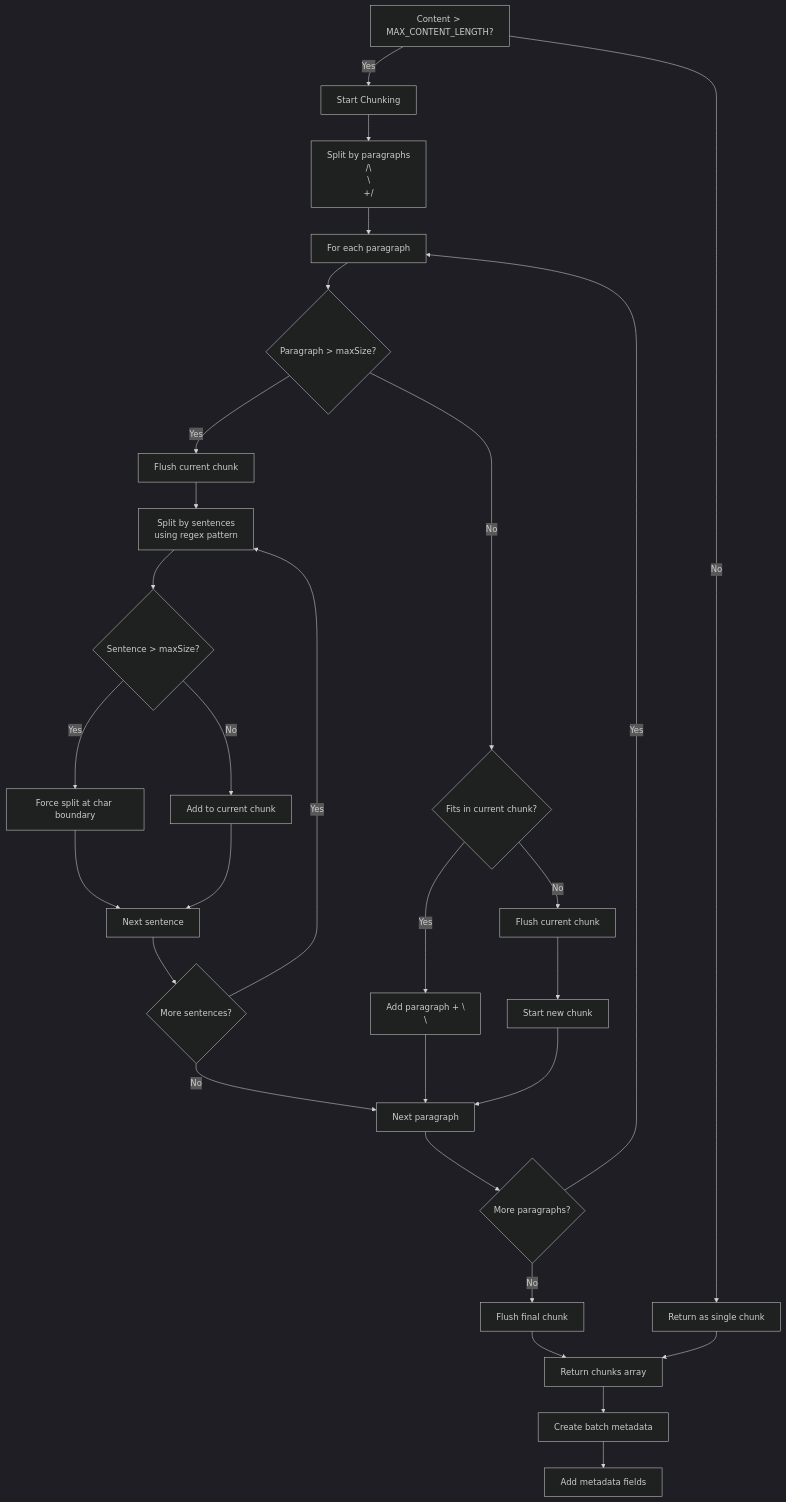
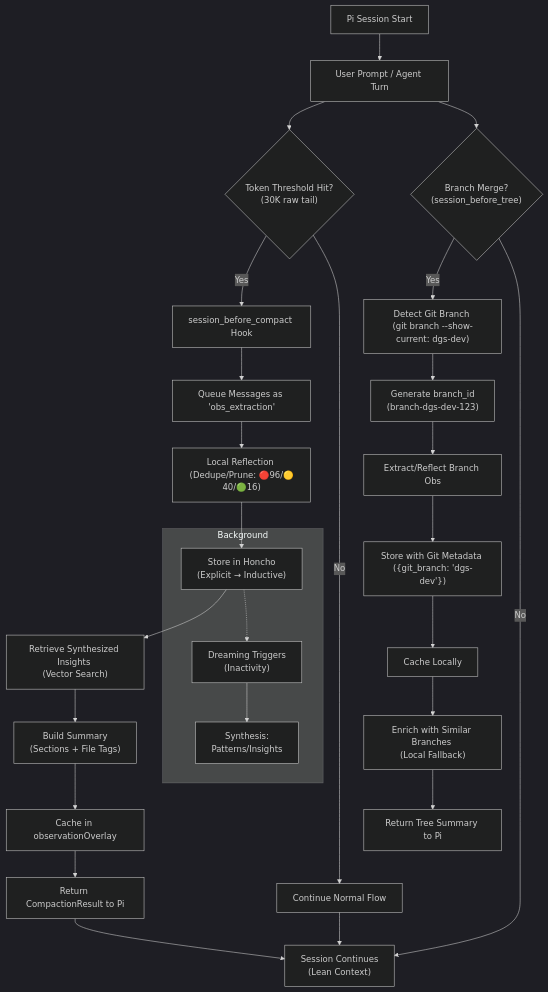
The third of 3 diagrams in docs/v3/guides/community/dgs-integrations/pi-mono/agents/extensions/README-honcho.md (dsidlo/local-honcho), drawn with Mermaid (dark theme) before and after one commit. The commit also changed other lines of this file and 3 other files, not shown here.

````diff
--- a/docs/v3/guides/community/dgs-integrations/pi-mono/agents/extensions/README-honcho.md
+++ b/docs/v3/guides/community/dgs-integrations/pi-mono/agents/extensions/README-honcho.md
@@ -196,37 +124,31 @@
 ```mermaid
-flowchart TD
-    A[Content > MAX_CONTENT_LENGTH?] -->|Yes| B[Start Chunking]
-    A -->|No| Z[Return as single chunk]
-    
-    B --> C[Split by paragraphs<br/>/\\n\\n+/]
-    C --> D[For each paragraph]
-    
-    D --> E{Paragraph > maxSize?}
-    E -->|Yes| F[Flush current chunk]
-    F --> G["Split by sentences\nusing regex pattern"]
-    G --> H{Sentence > maxSize?}
-    H -->|Yes| I[Force split at char boundary]
-    H -->|No| J[Add to current chunk]
-    I --> K[Next sentence]
-    J --> K
-    K --> L{More sentences?}
-    L -->|Yes| G
-    L -->|No| M[Next paragraph]
-    
-    E -->|No| N{Fits in current chunk?}
-    N -->|Yes| O[Add paragraph + \\n\\n]
-    N -->|No| P[Flush current chunk]
-    P --> Q[Start new chunk]
-    O --> M
-    Q --> M
-    
-    M --> R{More paragraphs?}
-    R -->|Yes| D
-    R -->|No| S[Flush final chunk]
-    
-    S --> T[Return chunks array]
-    Z --> T
-    
-    T --> U[Create batch metadata]
-    U --> V["Add metadata fields"]
+graph TD
+    A["Pi Session Start"] --> B["User Prompt / Agent Turn"]
+    B --> C{"Token Threshold Hit? <br>(30K raw tail)"}
+    C -->|Yes| D["session_before_compact Hook"]
+    C -->|No| E["Continue Normal Flow"]
+    D --> F["Queue Messages as 'obs_extraction'"]
+    F --> G["Local Reflection <br>(Dedupe/Prune: 🔴96/🟡40/🟢16)"]
+    G --> H["Store in Honcho <br>(Explicit → Inductive)"]
+    H --> I["Retrieve Synthesized Insights <br>(Vector Search)"]
+    I --> J["Build Summary <br>(Sections + File Tags)"]
+    J --> K["Cache in observationOverlay"]
+    K --> L["Return CompactionResult to Pi"]
+    L --> M["Session Continues <br>(Lean Context)"]
+    E --> M
+
+    subgraph "Background"
+        H -.-> N["Dreaming Triggers <br>(Inactivity)"]
+        N --> O["Synthesis: <br>Patterns/Insights"]
+    end
+
+    B --> P{"Branch Merge? <br>(session_before_tree)"}
+    P -->|Yes| Q["Detect Git Branch <br>(git branch --show-current: dgs-dev)"]
+    Q --> R["Generate branch_id <br>(branch-dgs-dev-123)"]
+    R --> S["Extract/Reflect Branch Obs"]
+    S --> T["Store with Git Metadata <br>({git_branch: 'dgs-dev'})"]
+    T --> U["Cache Locally"]
+    U --> V["Enrich with Similar Branches <br>(Local Fallback)"]
+    V --> W["Return Tree Summary to Pi"]
+    P -->|No| M
 ```
````
